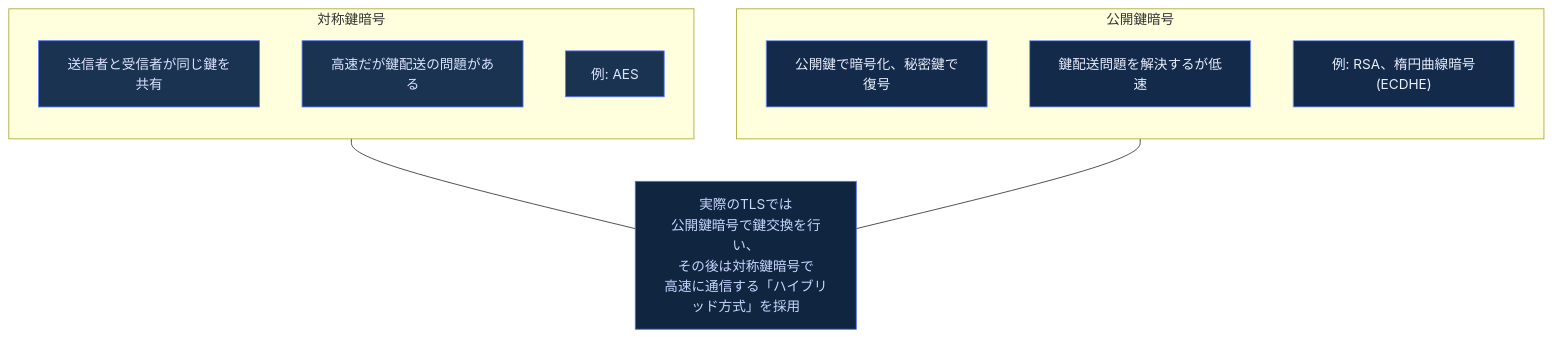
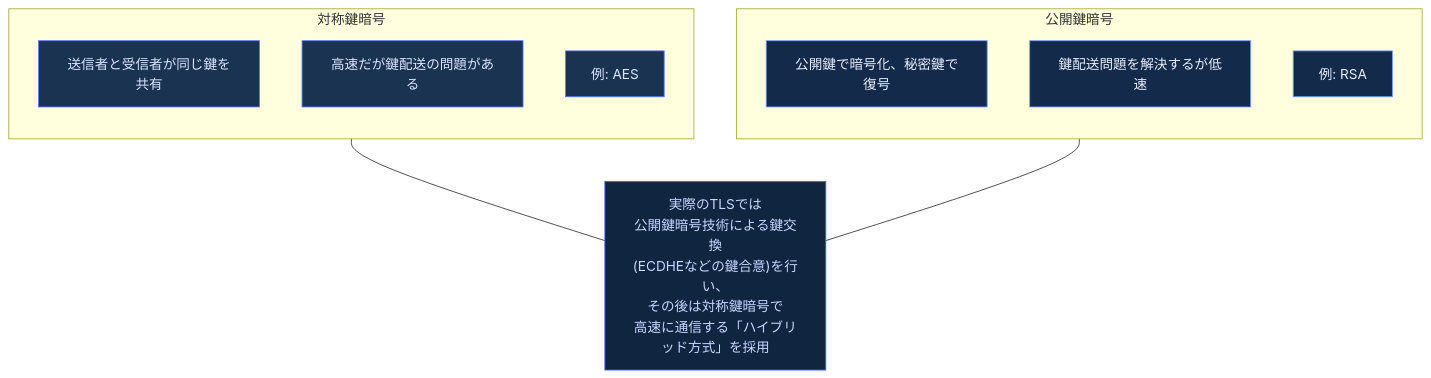
One commit to myoshi2891/Cloud-Infrastructure-Studies changed diagram 35 of 41 in Computer-networking-topdown-guide.md. Above: the diagram before and after it, drawn with Mermaid. The commit also changed other lines of this file, not shown here.

````diff
--- a/Computer-networking-topdown-guide.md
+++ b/Computer-networking-topdown-guide.md
@@ -925,26 +925,26 @@
 ```mermaid
 flowchart TB
     subgraph SYM["対称鍵暗号"]
         direction TB
         S1["送信者と受信者が同じ鍵を共有"]
         S2["高速だが鍵配送の問題がある"]
         S3["例: AES"]
     end
     subgraph ASYM["公開鍵暗号"]
         direction TB
         A1["公開鍵で暗号化、秘密鍵で復号"]
         A2["鍵配送問題を解決するが低速"]
-        A3["例: RSA、楕円曲線暗号(ECDHE)"]
+        A3["例: RSA"]
     end
-    HYBRID["実際のTLSでは<br/>公開鍵暗号で鍵交換を行い、<br/>その後は対称鍵暗号で<br/>高速に通信する「ハイブリッド方式」を採用"]
+    HYBRID["実際のTLSでは<br/>公開鍵暗号技術による鍵交換<br/>(ECDHEなどの鍵合意)を行い、<br/>その後は対称鍵暗号で<br/>高速に通信する「ハイブリッド方式」を採用"]
 
     SYM --- HYBRID
     ASYM --- HYBRID
 
     classDef symFill fill:#1a3350,stroke:#5c7cfa,color:#dbe4ff
     classDef asymFill fill:#132a4a,stroke:#7c9eff,color:#e8eefc
     classDef hybFill fill:#0f2540,stroke:#4c6ef5,color:#c9d6ff
     class S1,S2,S3 symFill
     class A1,A2,A3 asymFill
     class HYBRID hybFill
 ```
````
